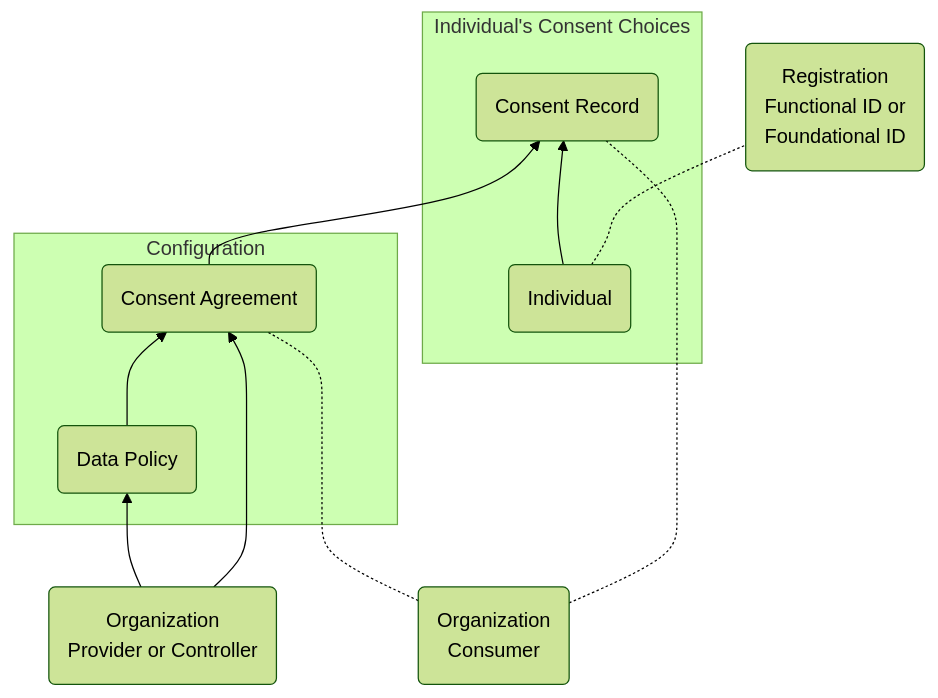
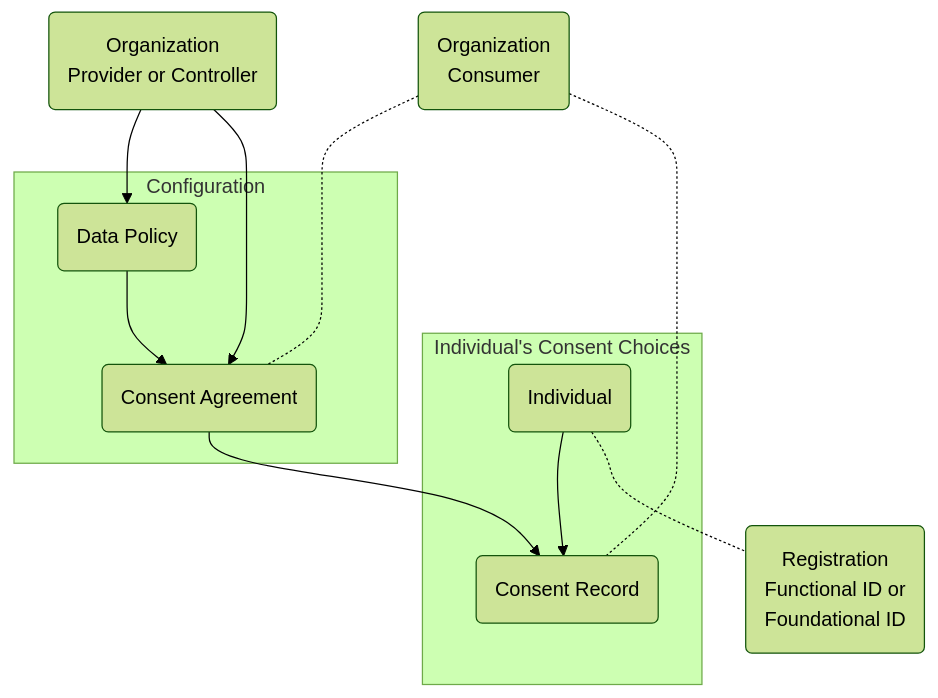
Before and after one commit to GovStackWorkingGroup/bb-consent: the diagram in spec/diagrams/graph-data-resource-model-simplified.mermaid, drawn with Mermaid (forest theme). The commit also changed other lines of this file, not shown here.

Commit message:
Adds an update to a mermaid diagram that we aren't (currently) using

```diff
--- a/spec/diagrams/graph-data-resource-model-simplified.mermaid
+++ b/spec/diagrams/graph-data-resource-model-simplified.mermaid
@@ -1,19 +1,19 @@
-graph BT
+graph TD
 
-    subgraph Individual's Consent Choices
-    consentRecord(Consent Record)
-    individual(Individual) --> consentRecord
-    end
+subgraph Individual's Consent Choices
+consentRecord(Consent Record)
+individual(Individual) --> consentRecord
+end
 
-    individual -.- registration(Registration<br>Functional ID or<br>Foundational ID)
+individual -.- registration(Registration<br>Functional ID or<br>Foundational ID)
 
-    subgraph Configuration
-    agreement(Consent Agreement) --> consentRecord
-    policy --> agreement
-    end
+subgraph Configuration
+agreement(Consent Agreement) --> consentRecord
+policy --> agreement
+end
 
-    org --> policy(Data Policy)
+org --> policy(Data Policy)
 
-    consumer(Organization <br> Consumer) -..- agreement
-    consumer -..- consentRecord
-    org(Organization <br> Provider or Controller) --> agreement
+consumer(Organization <br> Consumer) -..- agreement
+consumer -..- consentRecord
+org(Organization <br> Provider or Controller) --> agreement
```
